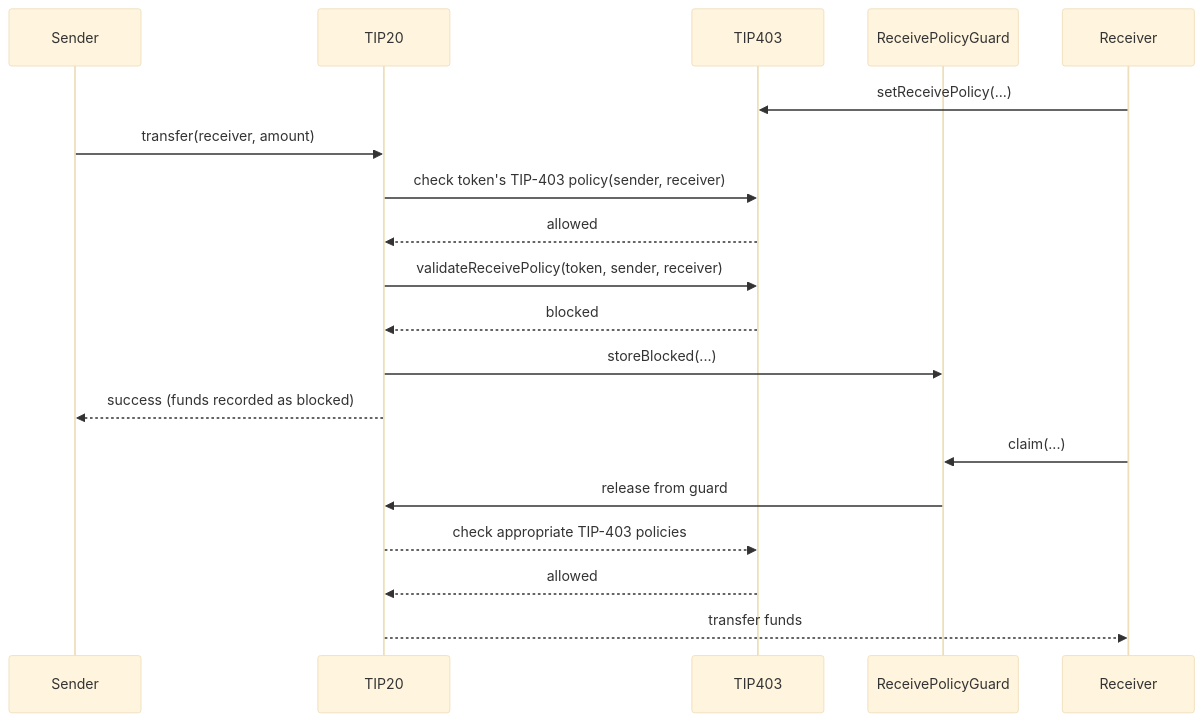
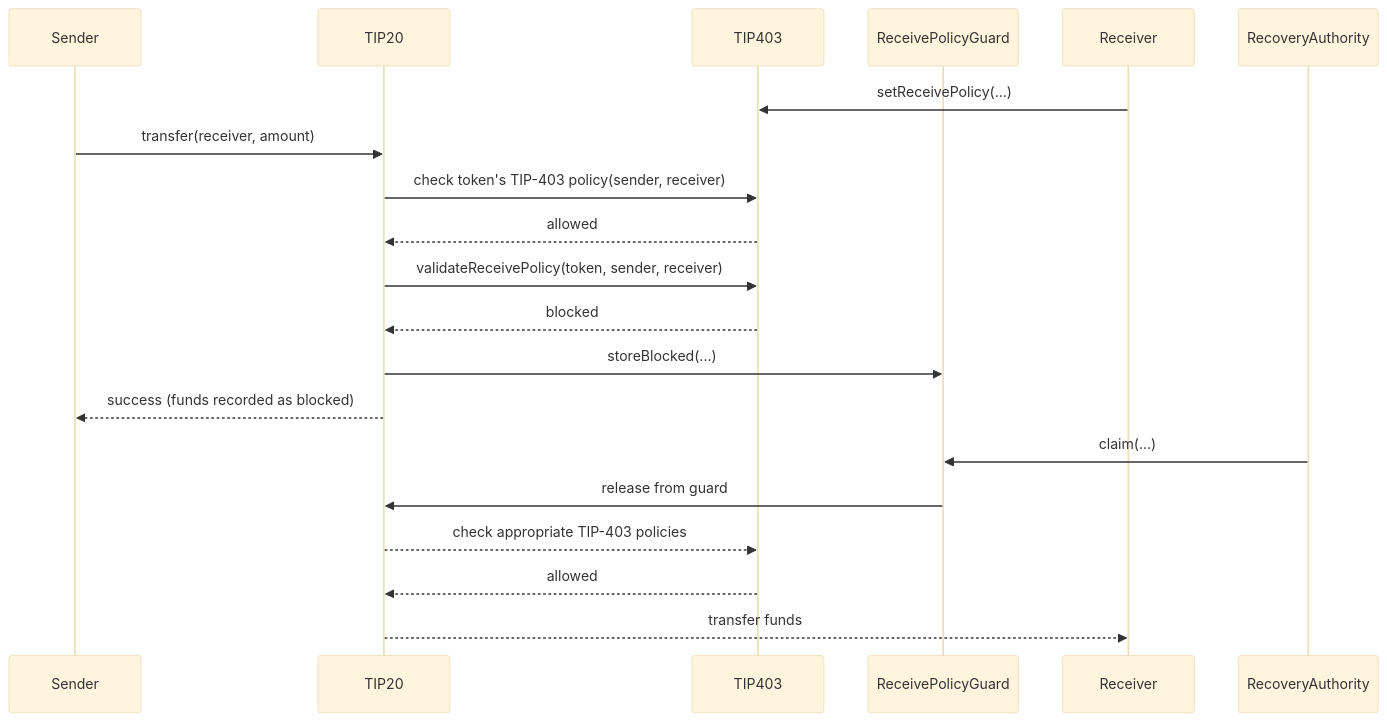
The first of 2 diagrams in tips/tip-1028.md (tempoxyz/tempo), drawn with Mermaid (base theme) before and after one commit.

Commit message:
fix mermaid dia

````diff
--- a/tips/tip-1028.md
+++ b/tips/tip-1028.md
@@ -52,23 +52,23 @@
 ```mermaid
 sequenceDiagram
     participant Sender
     participant TIP20
     participant TIP403
     participant ReceivePolicyGuard
     participant Receiver
 
     Receiver->>TIP403: setReceivePolicy(...)
     Sender->>TIP20: transfer(receiver, amount)
     TIP20->>TIP403: check token's TIP-403 policy(sender, receiver)
     TIP403-->>TIP20: allowed
     TIP20->>TIP403: validateReceivePolicy(token, sender, receiver)
     TIP403-->>TIP20: blocked
     TIP20->>ReceivePolicyGuard: storeBlocked(...)
     TIP20-->>Sender: success (funds recorded as blocked)
 
-    Receiver->>ReceivePolicyGuard: claim(...)
+    RecoveryAuthority->>ReceivePolicyGuard: claim(...)
     ReceivePolicyGuard->>TIP20: release from guard
     TIP20-->>TIP403: check appropriate TIP-403 policies
     TIP403-->>TIP20: allowed
     TIP20-->>Receiver: transfer funds
 ```
````
